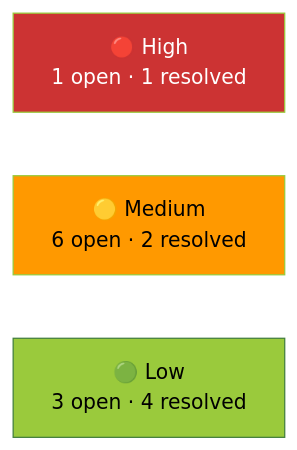
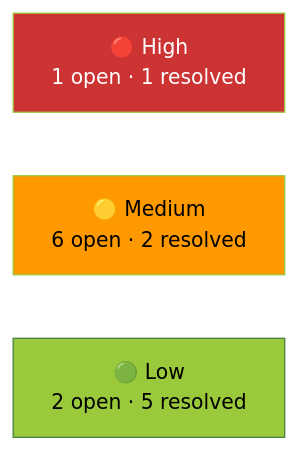
Before and after one commit to marcelofrau/xb-homebrew-vault: the diagram in docs/tech-debt.md, drawn with Mermaid (neutral theme). The commit also changed other lines of this file, not shown here.

Commit message:
docs: mark TD #14 resolved in tech-debt.md

````diff
--- a/docs/tech-debt.md
+++ b/docs/tech-debt.md
@@ -262,10 +262,10 @@
 ```mermaid
 graph LR
     H["🔴 High<br/>1 open · 1 resolved"]
     M["🟡 Medium<br/>6 open · 2 resolved"]
-    L["🟢 Low<br/>3 open · 4 resolved"]
+    L["🟢 Low<br/>2 open · 5 resolved"]
     
     style H fill:#CC3333,stroke:#9ACA3C,color:#fff
     style M fill:#FF9900,stroke:#9ACA3C,color:#000
     style L fill:#9ACA3C,stroke:#447F3E,color:#000
 ```
````
